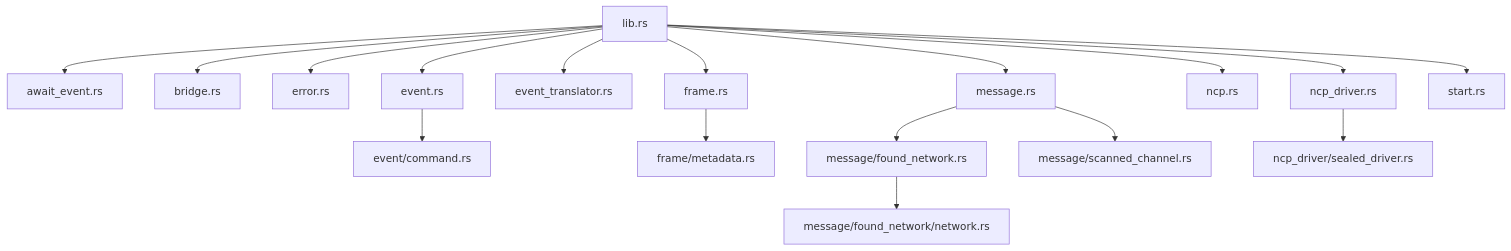
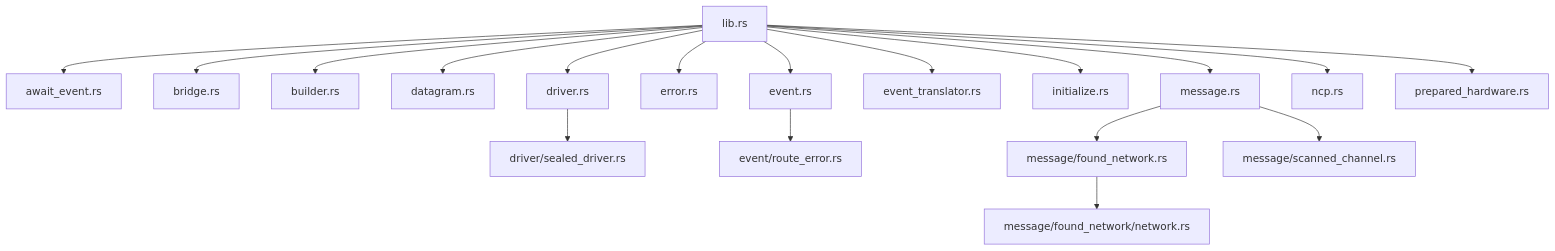
The fourth of 4 diagrams in apis-saltans-hw/ARCHITECTURE.md (PaulmannLighting/apis-saltans), drawn with Mermaid before and after one commit. The commit also changed other lines of this file and 17 other files, not shown here.

````diff
--- a/apis-saltans-hw/ARCHITECTURE.md
+++ b/apis-saltans-hw/ARCHITECTURE.md
@@ -179,19 +187,20 @@
 ```mermaid
 flowchart TD
     lib["lib.rs"] --> await_event["await_event.rs"]
     lib --> bridge["bridge.rs"]
+    lib --> builder["builder.rs"]
+    lib --> datagram["datagram.rs"]
+    lib --> driver["driver.rs"]
+    driver --> sealed_driver["driver/sealed_driver.rs"]
     lib --> error["error.rs"]
     lib --> event["event.rs"]
-    event --> event_command["event/command.rs"]
+    event --> route_error["event/route_error.rs"]
     lib --> event_translator["event_translator.rs"]
-    lib --> frame["frame.rs"]
-    frame --> metadata["frame/metadata.rs"]
+    lib --> initialize["initialize.rs"]
     lib --> message["message.rs"]
     message --> found_network["message/found_network.rs"]
     found_network --> network["message/found_network/network.rs"]
     message --> scanned_channel["message/scanned_channel.rs"]
     lib --> ncp["ncp.rs"]
-    lib --> ncp_driver["ncp_driver.rs"]
-    ncp_driver --> sealed_driver["ncp_driver/sealed_driver.rs"]
-    lib --> start["start.rs"]
+    lib --> prepared_hardware["prepared_hardware.rs"]
 ```
````
